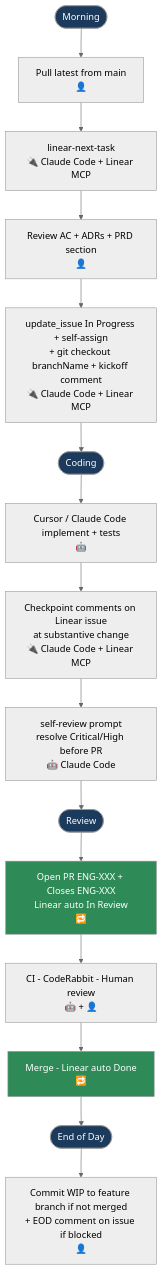
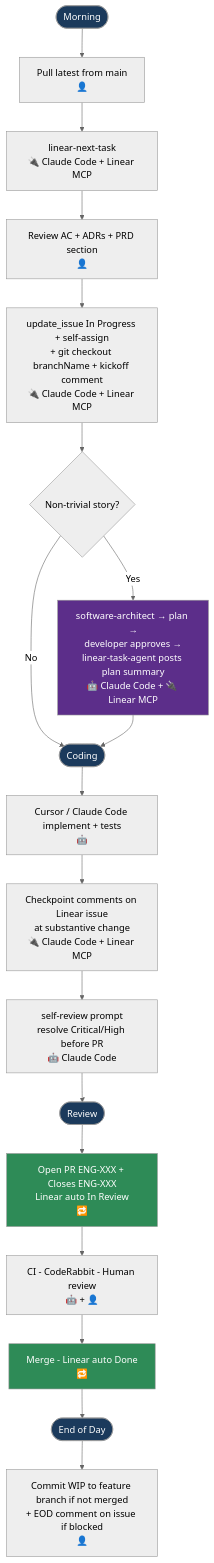
Before and after one commit to kalpat-allion/ai-dlc: the eighth of 8 diagrams in aidlc-phases/03-development/FLOWCHART.md, drawn with Mermaid (neutral theme). The commit also changed other lines of this file and 11 other files, not shown here.

````diff
--- a/aidlc-phases/03-development/FLOWCHART.md
+++ b/aidlc-phases/03-development/FLOWCHART.md
@@ -300,27 +334,31 @@
 ```mermaid
 flowchart TD
     DW_M([Morning]) --> DW_M1[Pull latest from main<br/>👤]
     DW_M1 --> DW_M2[linear-next-task<br/>🔌 Claude Code + Linear MCP]
     DW_M2 --> DW_M3[Review AC + ADRs + PRD section<br/>👤]
     DW_M3 --> DW_M4[update_issue In Progress + self-assign<br/>+ git checkout branchName + kickoff comment<br/>🔌 Claude Code + Linear MCP]
-    DW_M4 --> DW_C([Coding])
+    DW_M4 --> DW_DESIGN{Non-trivial story?}
+    DW_DESIGN -- No --> DW_C([Coding])
+    DW_DESIGN -- Yes --> DW_D[software-architect → plan →<br/>developer approves →<br/>linear-task-agent posts plan summary<br/>🤖 Claude Code + 🔌 Linear MCP]
+    DW_D --> DW_C
 
     DW_C --> DW_C1[Cursor / Claude Code implement + tests<br/>🤖]
     DW_C1 --> DW_C2[Checkpoint comments on Linear issue<br/>at substantive change<br/>🔌 Claude Code + Linear MCP]
     DW_C2 --> DW_C3[self-review prompt<br/>resolve Critical/High before PR<br/>🤖 Claude Code]
     DW_C3 --> DW_R([Review])
 
     DW_R --> DW_R1[Open PR ENG-XXX + Closes ENG-XXX<br/>Linear auto In Review<br/>🔁]
     DW_R1 --> DW_R2[CI - CodeRabbit - Human review<br/>🤖 + 👤]
     DW_R2 --> DW_R3[Merge - Linear auto Done<br/>🔁]
     DW_R3 --> DW_E([End of Day])
 
     DW_E --> DW_E1[Commit WIP to feature branch if not merged<br/>+ EOD comment on issue if blocked<br/>👤]
 
     style DW_M fill:#1B3A5C,color:#fff
     style DW_C fill:#1B3A5C,color:#fff
     style DW_R fill:#1B3A5C,color:#fff
     style DW_E fill:#1B3A5C,color:#fff
+    style DW_D fill:#5C2E8A,color:#fff
     style DW_R1 fill:#2E8B57,color:#fff
     style DW_R3 fill:#2E8B57,color:#fff
 ```
````
